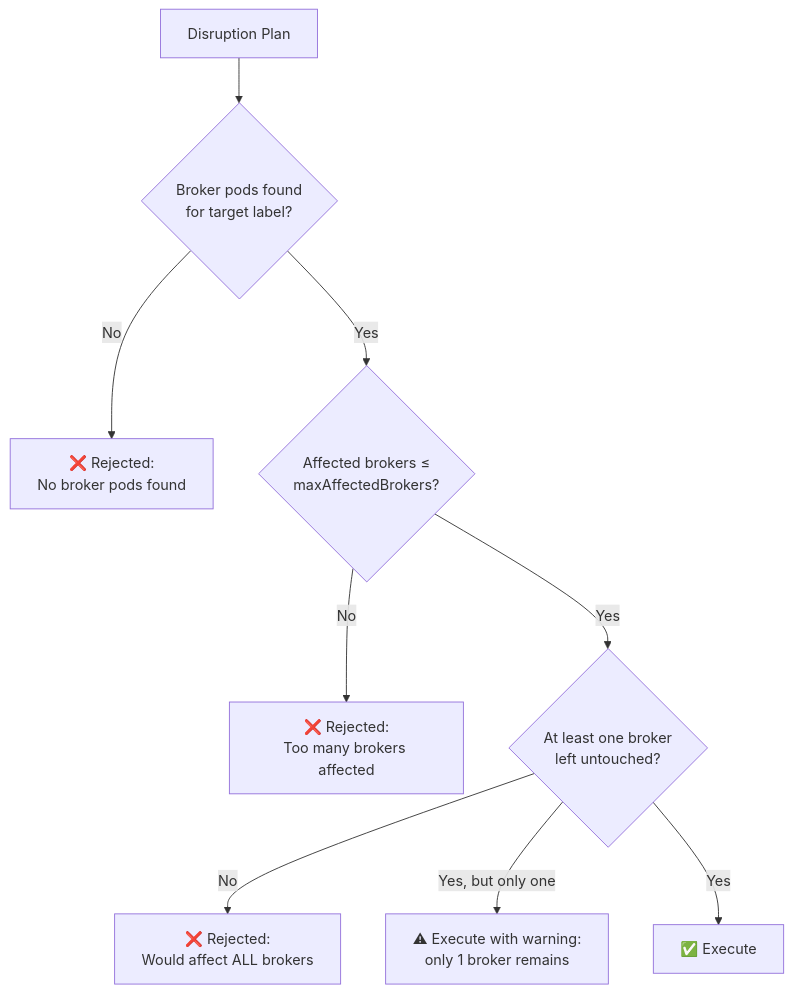
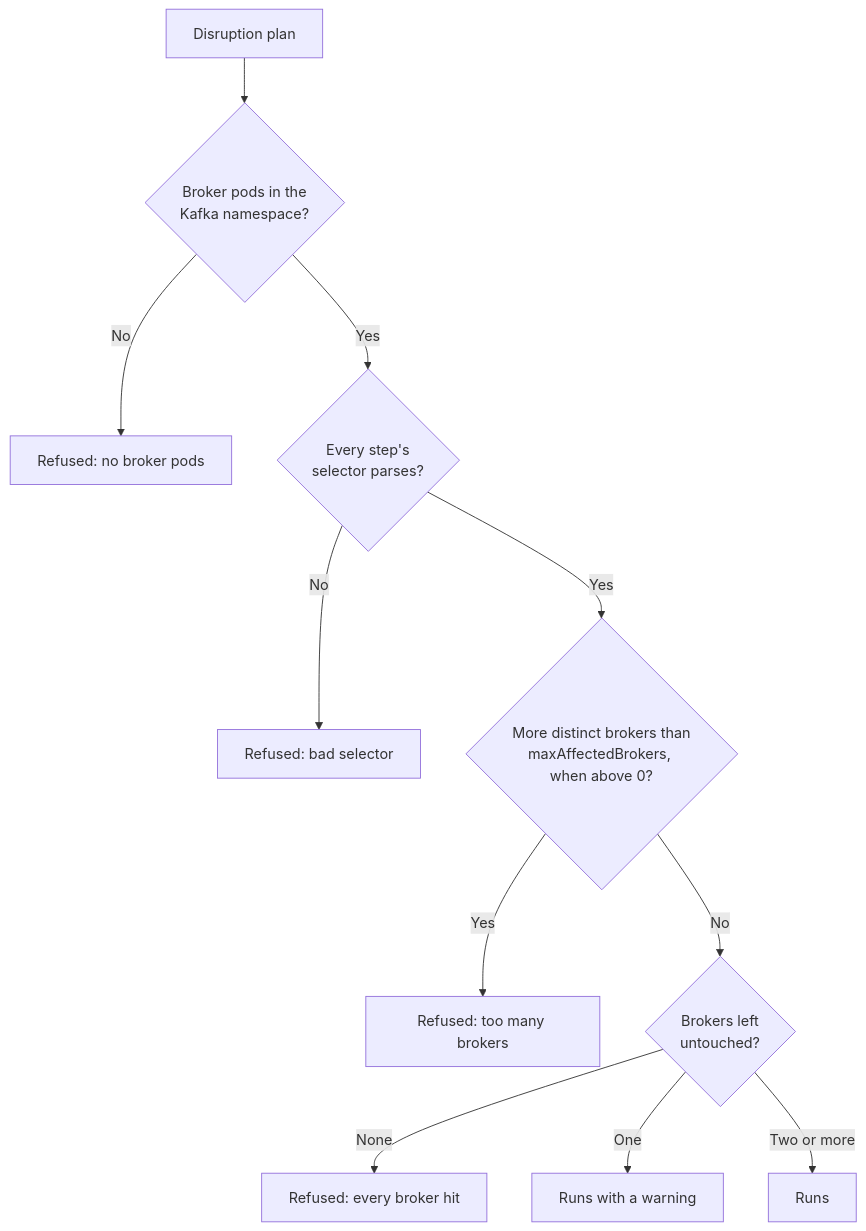
Before and after one commit to actions-marketplace-validations/bmscomp_kates: the sixth of 9 diagrams in docs/book/07-chaos-practice.md, drawn with Mermaid. The commit also changed other lines of this file and 2 other files, not shown here.

First line of the commit message:
docs(book): one home for fault injection and the safety guard in Part III (#226)

````diff
--- a/docs/book/07-chaos-practice.md
+++ b/docs/book/07-chaos-practice.md
@@ -447,14 +528,16 @@
 ```mermaid
 %%| label: fig-practice-safety-guard
-%%| fig-cap: "Before any fault, the guard rejects a plan when it finds no broker pods, when the plan hits more brokers than `maxAffectedBrokers` allows, or when no broker would be left untouched; a plan that leaves exactly one broker runs with a warning."
-%%| fig-alt: "Decision flow for a disruption plan. If no broker pods are found, the plan is rejected. If more brokers are affected than maxAffectedBrokers, it is rejected. If no broker is left untouched, it is rejected as affecting all brokers. If exactly one broker is left, it executes with a warning. Otherwise it executes."
+%%| fig-cap: "Kates refuses a plan that finds no broker pods, has a selector that doesn't parse, hits more brokers than `maxAffectedBrokers` allows, or hits every broker; leaving one broker only earns a warning."
+%%| fig-alt: "Decision flow for a disruption plan. If no broker pods are found in the Kafka namespace, the plan is refused. If a step's label selector does not parse, it is refused. If maxAffectedBrokers is above zero and the plan hits more distinct brokers, it is refused. If the plan hits every broker, it is refused. If exactly one broker is left untouched, it runs with a warning. Otherwise it runs."
 graph TD
-    PLAN[Disruption Plan] --> V1{Broker pods found<br/>for target label?}
-    V1 -->|No| REJECT1["❌ Rejected:<br/>No broker pods found"]
-    V1 -->|Yes| V2{Affected brokers ≤<br/>maxAffectedBrokers?}
-    V2 -->|No| REJECT2["❌ Rejected:<br/>Too many brokers affected"]
-    V2 -->|Yes| V3{At least one broker<br/>left untouched?}
-    V3 -->|No| REJECT3["❌ Rejected:<br/>Would affect ALL brokers"]
-    V3 -->|"Yes, but only one"| WARN["⚠ Execute with warning:<br/>only 1 broker remains"]
-    V3 -->|Yes| EXECUTE["✅ Execute"]
+    PLAN[Disruption plan] --> V1{Broker pods in the<br/>Kafka namespace?}
+    V1 -->|No| R1[Refused: no broker pods]
+    V1 -->|Yes| V2{Every step's<br/>selector parses?}
+    V2 -->|No| R2[Refused: bad selector]
+    V2 -->|Yes| V3{More distinct brokers than<br/>maxAffectedBrokers, when above 0?}
+    V3 -->|Yes| R3[Refused: too many brokers]
+    V3 -->|No| V4{Brokers left<br/>untouched?}
+    V4 -->|None| R4[Refused: every broker hit]
+    V4 -->|One| W[Runs with a warning]
+    V4 -->|Two or more| OK[Runs]
 ```
````
